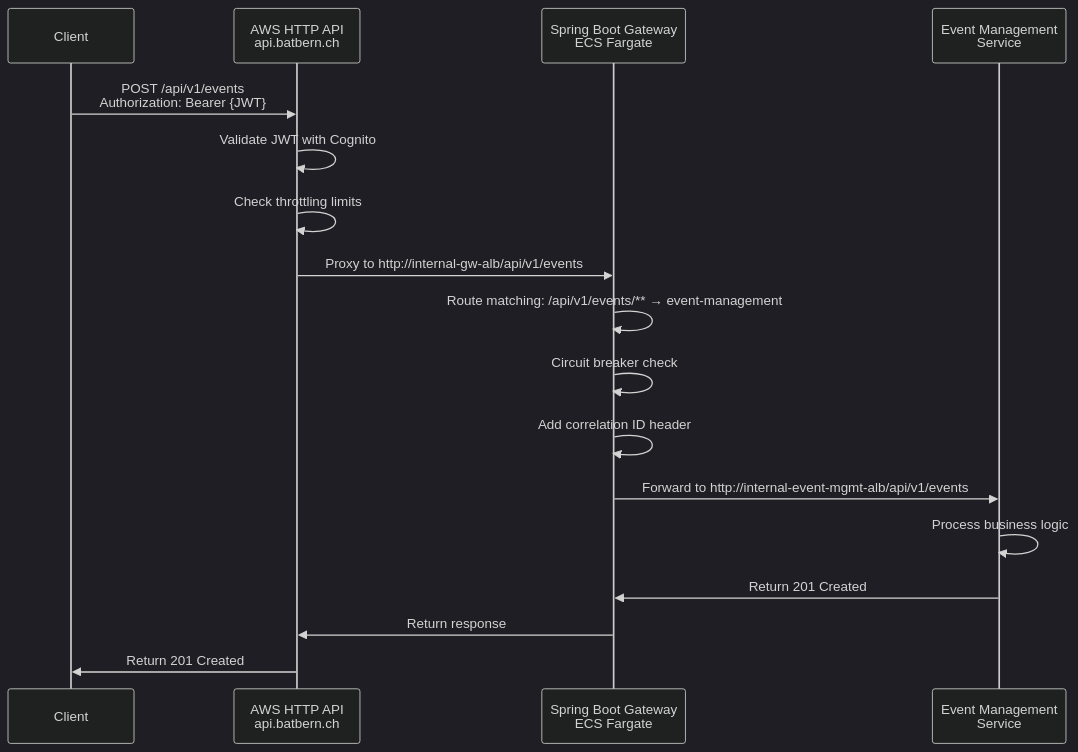
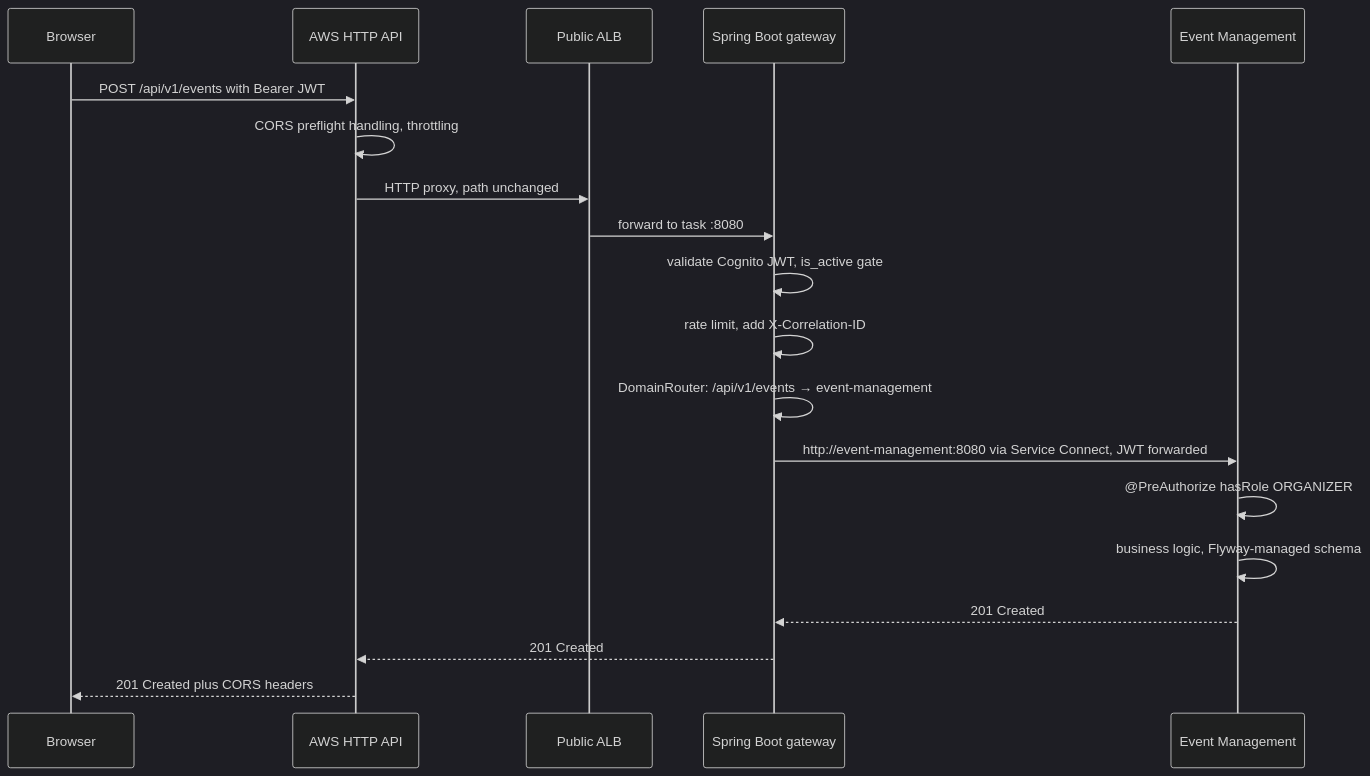
Before and after one commit to nissimbuchs/BATbern2: the tenth of 26 diagrams in docs/architecture/02-infrastructure-deployment.md, drawn with Mermaid (dark theme). The commit also changed other lines of this file and 164 other files, not shown here.

First line of the commit message:
docs: documentation audit before BATbern60 (user guide, screenshots, PRD, architecture diagrams) (#1224)

````diff
--- a/docs/architecture/02-infrastructure-deployment.md
+++ b/docs/architecture/02-infrastructure-deployment.md
@@ -625,20 +588,22 @@
 ```mermaid
 sequenceDiagram
-    participant C as Client
-    participant AWS as AWS HTTP API<br/>api.batbern.ch
-    participant GW as Spring Boot Gateway<br/>ECS Fargate
-    participant EM as Event Management<br/>Service
+    participant C as Browser
+    participant AWS as AWS HTTP API
+    participant ALB as Public ALB
+    participant GW as Spring Boot gateway
+    participant EM as Event Management
 
-    C->>AWS: POST /api/v1/events<br/>Authorization: Bearer {JWT}
-    AWS->>AWS: Validate JWT with Cognito
-    AWS->>AWS: Check throttling limits
-    AWS->>GW: Proxy to http://internal-gw-alb/api/v1/events
-    GW->>GW: Route matching: /api/v1/events/** → event-management
-    GW->>GW: Circuit breaker check
-    GW->>GW: Add correlation ID header
-    GW->>EM: Forward to http://internal-event-mgmt-alb/api/v1/events
-    EM->>EM: Process business logic
-    EM->>GW: Return 201 Created
-    GW->>AWS: Return response
-    AWS->>C: Return 201 Created
+    C->>AWS: POST /api/v1/events with Bearer JWT
+    AWS->>AWS: CORS preflight handling, throttling
+    AWS->>ALB: HTTP proxy, path unchanged
+    ALB->>GW: forward to task :8080
+    GW->>GW: validate Cognito JWT, is_active gate
+    GW->>GW: rate limit, add X-Correlation-ID
+    GW->>GW: DomainRouter: /api/v1/events → event-management
+    GW->>EM: http://event-management:8080 via Service Connect, JWT forwarded
+    EM->>EM: @PreAuthorize hasRole ORGANIZER
+    EM->>EM: business logic, Flyway-managed schema
+    EM-->>GW: 201 Created
+    GW-->>AWS: 201 Created
+    AWS-->>C: 201 Created plus CORS headers
 ```
````
